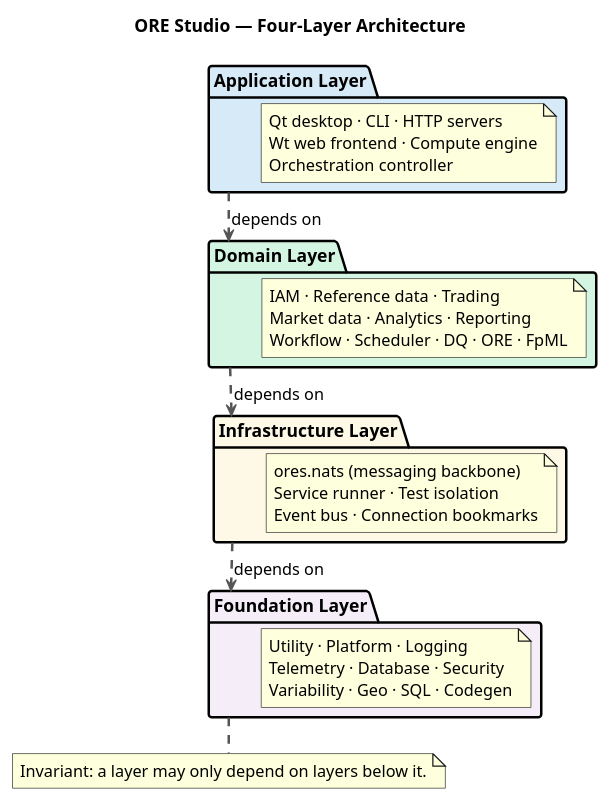
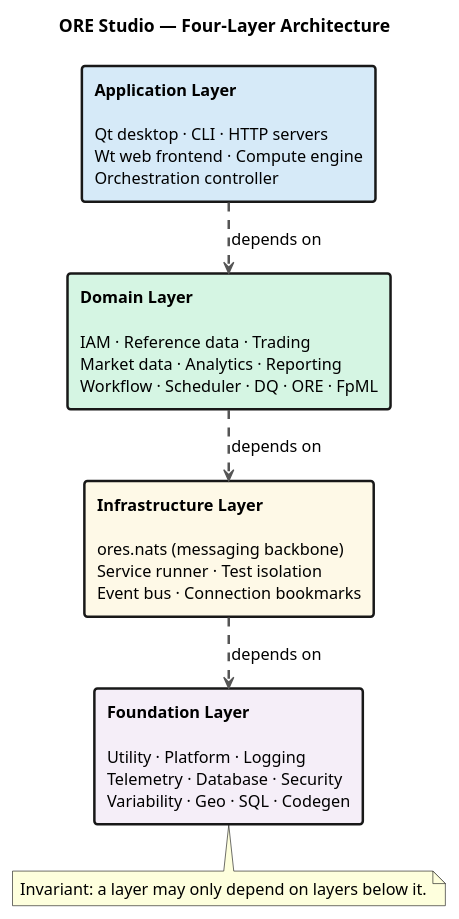
One commit to OreStudio/OreStudio changed the diagram in projects/modeling/architecture_layers.puml. Above: the diagram before and after it, drawn with PlantUML. The commit also changed 7 other files, not shown here.

First line of the commit message:
[modeling,agile] Move split-layers task to system_model_readability; fix PUML diagram; simplify system_model.org headings

```diff
--- a/projects/modeling/architecture_layers.puml
+++ b/projects/modeling/architecture_layers.puml
@@ -17,59 +17,32 @@
 @startuml
 !pragma layout smetana
 
 skinparam defaultFontSize 13
-skinparam packageFontSize 14
-skinparam packageBorderThickness 2
 skinparam arrowThickness 2
 skinparam arrowColor #555555
+skinparam rectangleBorderThickness 2
+skinparam rectangleFontSize 13
 
 title ORE Studio — Four-Layer Architecture
 
-package "Application Layer" #D6EAF8 {
-    note as AppNote
-      Qt desktop · CLI · HTTP servers
-      Wt web frontend · Compute engine
-      Orchestration controller
-    end note
-}
+rectangle "**Application Layer**\n\nQt desktop · CLI · HTTP servers\nWt web frontend · Compute engine\nOrchestration controller" as APP #D6EAF8
+rectangle "**Domain Layer**\n\nIAM · Reference data · Trading\nMarket data · Analytics · Reporting\nWorkflow · Scheduler · DQ · ORE · FpML" as DOM #D5F5E3
+rectangle "**Infrastructure Layer**\n\nores.nats (messaging backbone)\nService runner · Test isolation\nEvent bus · Connection bookmarks" as INFRA #FEF9E7
+rectangle "**Foundation Layer**\n\nUtility · Platform · Logging\nTelemetry · Database · Security\nVariability · Geo · SQL · Codegen" as FOUND #F5EEF8
 
-package "Domain Layer" #D5F5E3 {
-    note as DomainNote
-      IAM · Reference data · Trading
-      Market data · Analytics · Reporting
-      Workflow · Scheduler · DQ · ORE · FpML
-    end note
-}
+APP -[hidden]-> DOM
+DOM -[hidden]-> INFRA
+INFRA -[hidden]-> FOUND
 
-package "Infrastructure Layer" #FEF9E7 {
-    note as InfraNote
-      ores.nats (messaging backbone)
-      Service runner · Test isolation
-      Event bus · Connection bookmarks
-    end note
-}
+APP ..> DOM : depends on
+DOM ..> INFRA : depends on
+INFRA ..> FOUND : depends on
 
-package "Foundation Layer" #F5EEF8 {
-    note as FoundNote
-      Utility · Platform · Logging
-      Telemetry · Database · Security
-      Variability · Geo · SQL · Codegen
-    end note
-}
-
-"Application Layer" -[hidden]-> "Domain Layer"
-"Domain Layer" -[hidden]-> "Infrastructure Layer"
-"Infrastructure Layer" -[hidden]-> "Foundation Layer"
-
-"Application Layer" ..> "Domain Layer" : depends on
-"Domain Layer" ..> "Infrastructure Layer" : depends on
-"Infrastructure Layer" ..> "Foundation Layer" : depends on
-
-note bottom of "Foundation Layer"
+note bottom of FOUND
   Invariant: a layer may only depend on layers below it.
 end note
 
 ' Local Variables:
 ' compile-command: "java -Djava.awt.headless=true -DPLANTUML_SECURITY_PROFILE=UNSECURE -DPLANTUML_LIMIT_SIZE=65535 -jar /usr/share/plantuml/plantuml.jar architecture_layers.puml"
 ' End:
 @enduml
```
